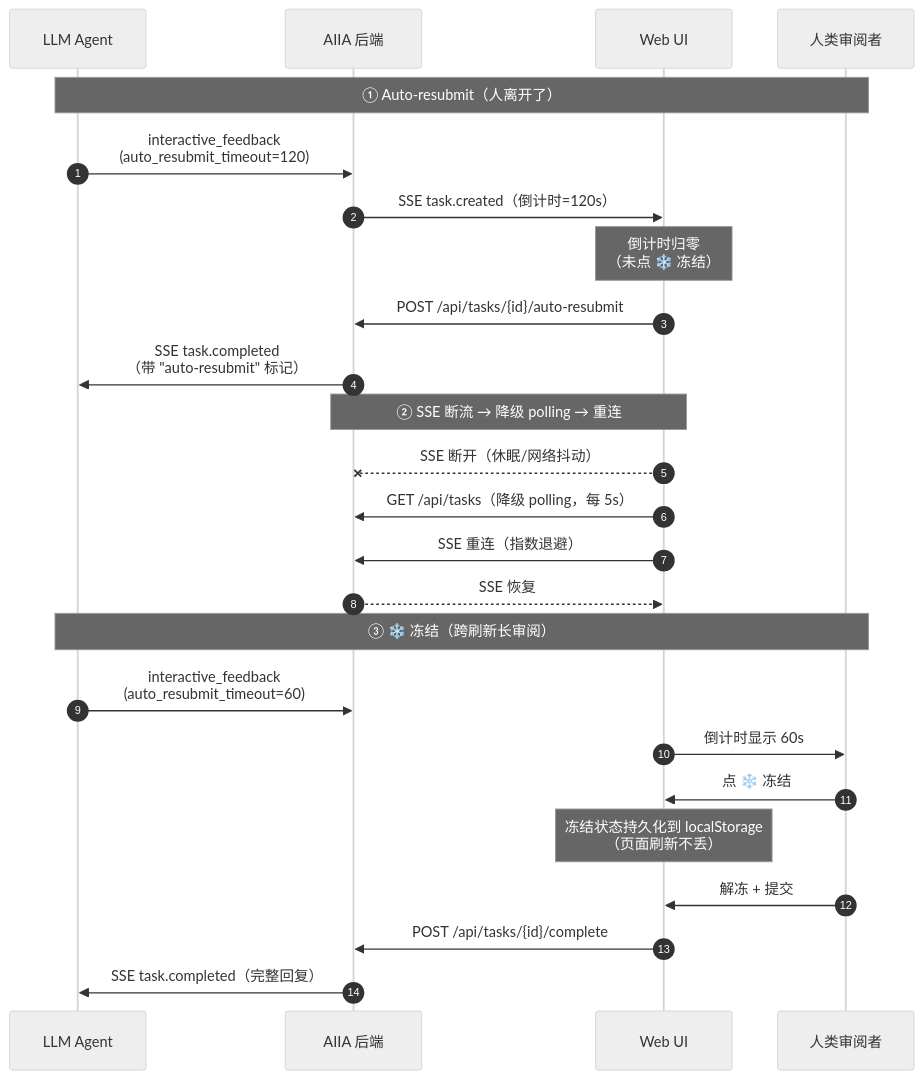
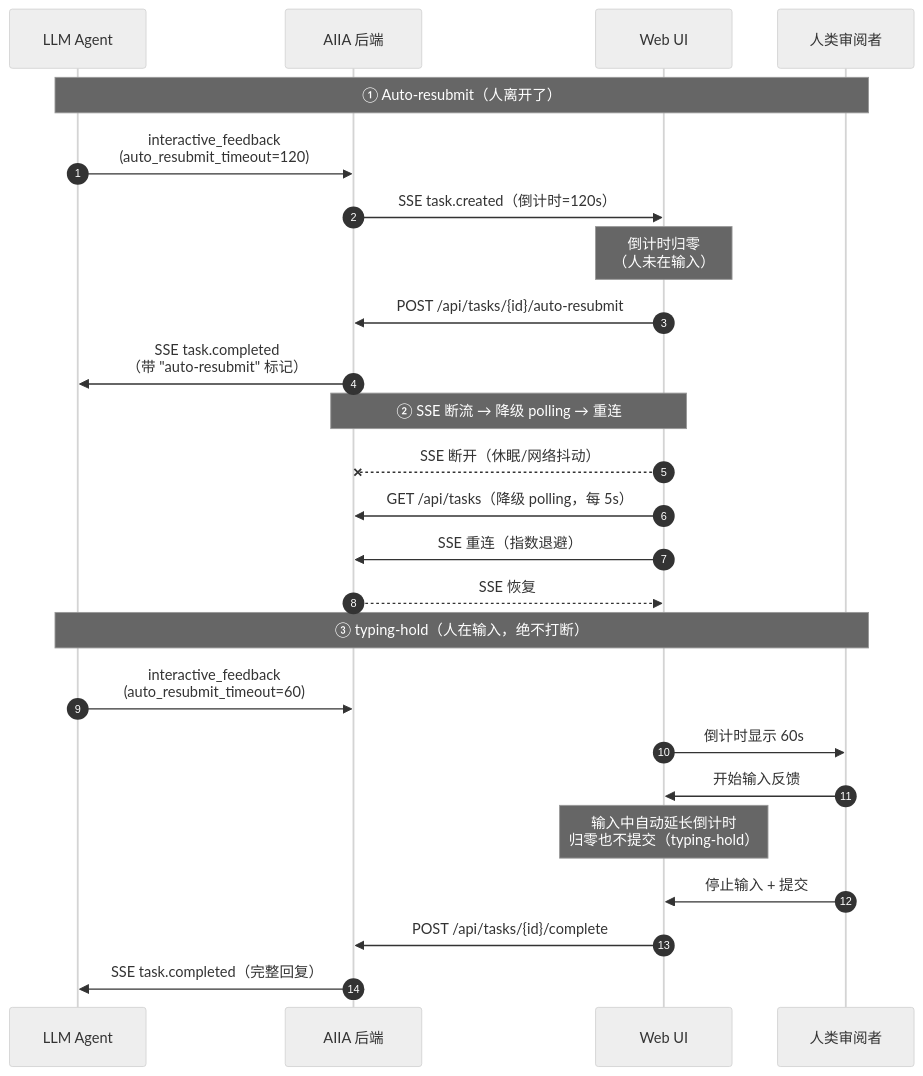
One commit to XIADENGMA/ai-intervention-agent changed the third of 3 diagrams in README.zh-CN.md. Above: the diagram before and after it, drawn with Mermaid (neutral theme). The commit also changed other lines of this file and 3 other files, not shown here.

First line of the commit message:
:memo: docs(readme): describe typing-hold instead of the retired +60s/freeze buttons (R700)

````diff
--- a/README.zh-CN.md
+++ b/README.zh-CN.md
@@ -324,30 +324,30 @@
 ```mermaid
 sequenceDiagram
     autonumber
     participant Agent as LLM Agent
     participant AIIA as AIIA 后端
     participant UI as Web UI
     participant Human as 人类审阅者
 
     Note over Agent,Human: ① Auto-resubmit（人离开了）
     Agent->>AIIA: interactive_feedback<br/>(auto_resubmit_timeout=120)
     AIIA->>UI: SSE task.created（倒计时=120s）
-    Note over UI: 倒计时归零<br/>（未点 ❄️ 冻结）
+    Note over UI: 倒计时归零<br/>（人未在输入）
     UI->>AIIA: POST /api/tasks/{id}/auto-resubmit
     AIIA->>Agent: SSE task.completed<br/>（带 "auto-resubmit" 标记）
 
     Note over UI,AIIA: ② SSE 断流 → 降级 polling → 重连
     UI--xAIIA: SSE 断开（休眠/网络抖动）
     UI->>AIIA: GET /api/tasks（降级 polling，每 5s）
     UI->>AIIA: SSE 重连（指数退避）
     AIIA-->>UI: SSE 恢复
 
-    Note over Agent,Human: ③ ❄️ 冻结（跨刷新长审阅）
+    Note over Agent,Human: ③ typing-hold（人在输入，绝不打断）
     Agent->>AIIA: interactive_feedback<br/>(auto_resubmit_timeout=60)
     UI->>Human: 倒计时显示 60s
-    Human->>UI: 点 ❄️ 冻结
-    Note over UI: 冻结状态持久化到 localStorage<br/>（页面刷新不丢）
-    Human->>UI: 解冻 + 提交
+    Human->>UI: 开始输入反馈
+    Note over UI: 输入中自动延长倒计时<br/>归零也不提交（typing-hold）
+    Human->>UI: 停止输入 + 提交
     UI->>AIIA: POST /api/tasks/{id}/complete
     AIIA->>Agent: SSE task.completed（完整回复）
 ```
````
